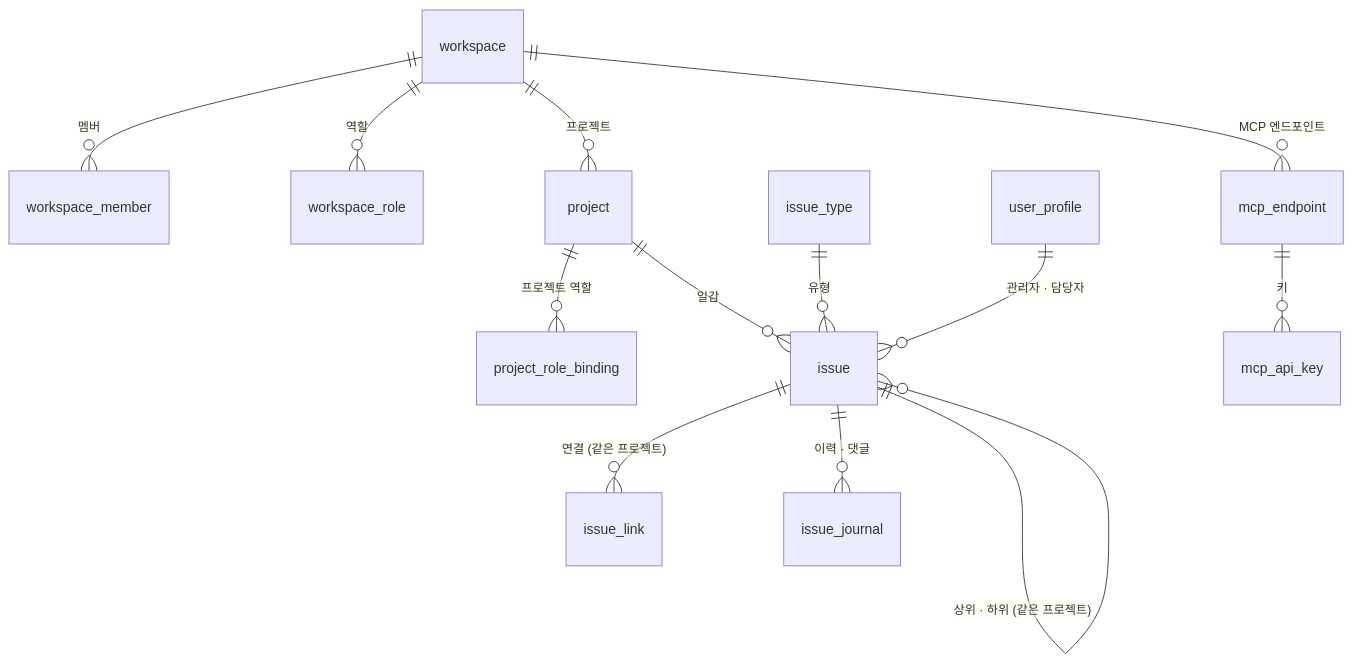
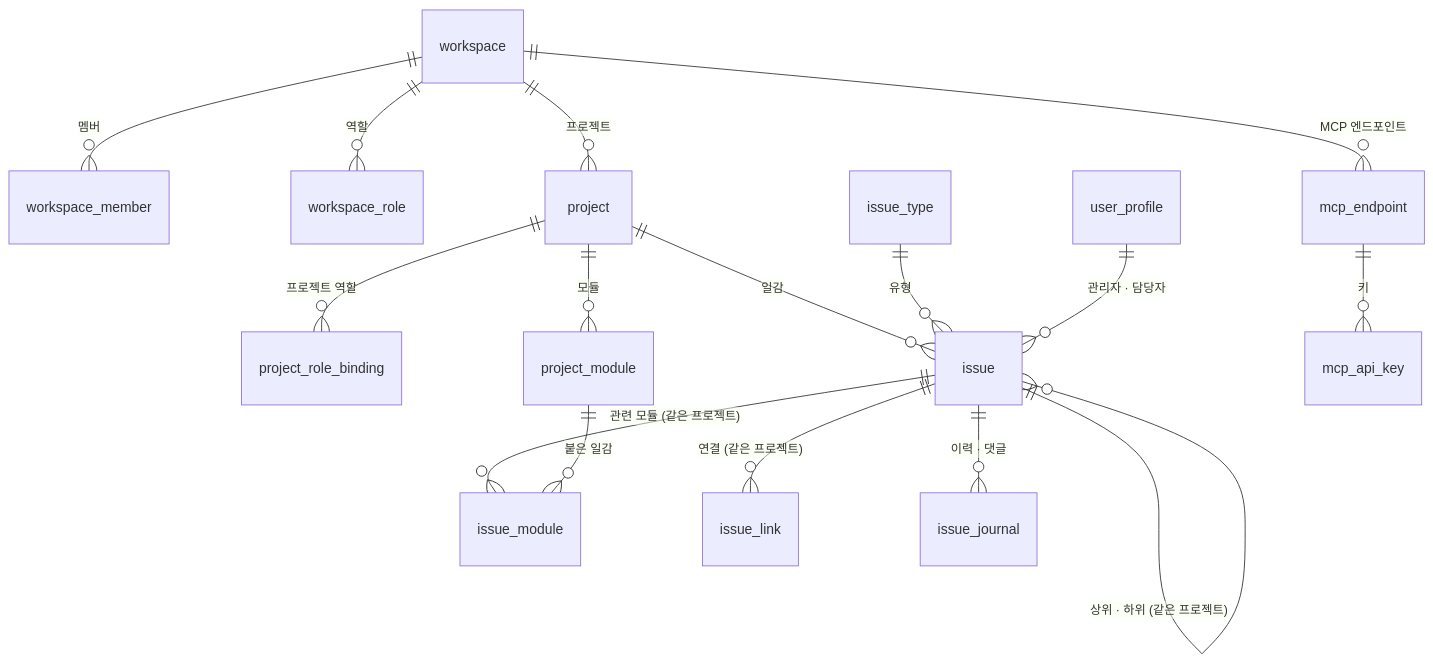
One commit to Gnori/moai-works changed the diagram in docs/design/02-data-model.md. Above: the diagram before and after it, drawn with Mermaid. The commit also changed other lines of this file and 14 other files, not shown here.

````diff
--- a/docs/design/02-data-model.md
+++ b/docs/design/02-data-model.md
@@ -65,15 +67,18 @@
 ```mermaid
 erDiagram
     workspace ||--o{ workspace_member : "멤버"
     workspace ||--o{ workspace_role : "역할"
     workspace ||--o{ project : "프로젝트"
     workspace ||--o{ mcp_endpoint : "MCP 엔드포인트"
     project ||--o{ project_role_binding : "프로젝트 역할"
     project ||--o{ issue : "일감"
+    project ||--o{ project_module : "모듈"
+    issue ||--o{ issue_module : "관련 모듈 (같은 프로젝트)"
+    project_module ||--o{ issue_module : "붙은 일감"
     issue_type ||--o{ issue : "유형"
     issue ||--o{ issue : "상위 · 하위 (같은 프로젝트)"
     issue ||--o{ issue_link : "연결 (같은 프로젝트)"
     issue ||--o{ issue_journal : "이력 · 댓글"
     user_profile ||--o{ issue : "관리자 · 담당자"
     mcp_endpoint ||--o{ mcp_api_key : "키"
 ```
````
